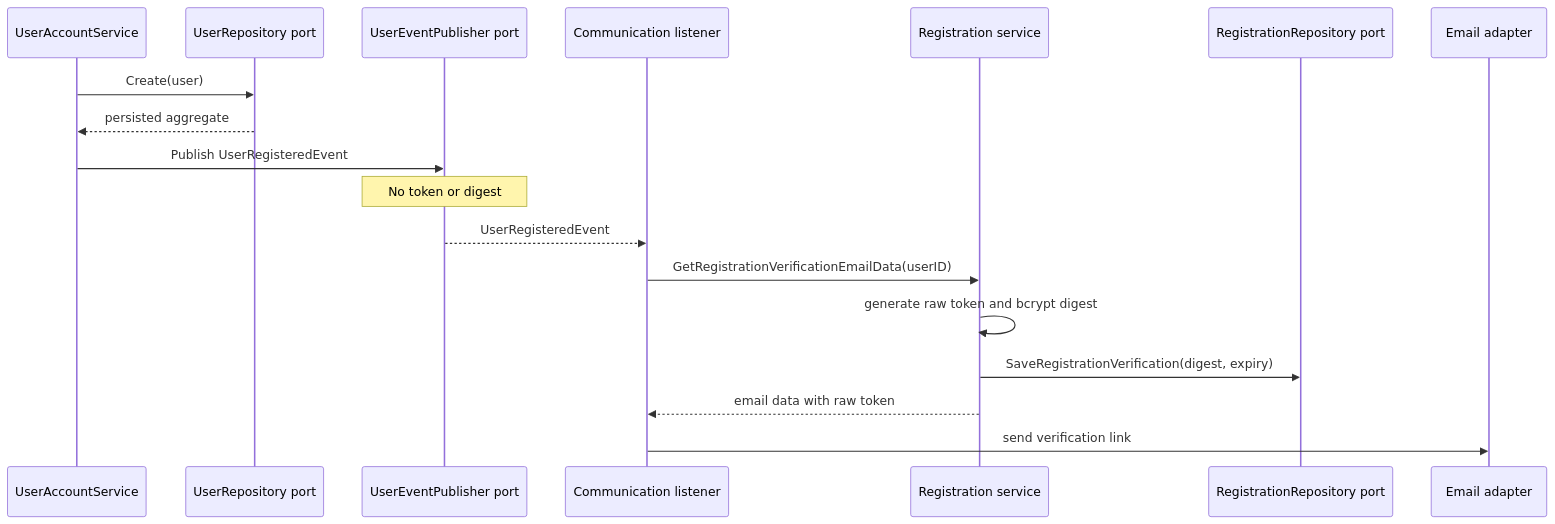
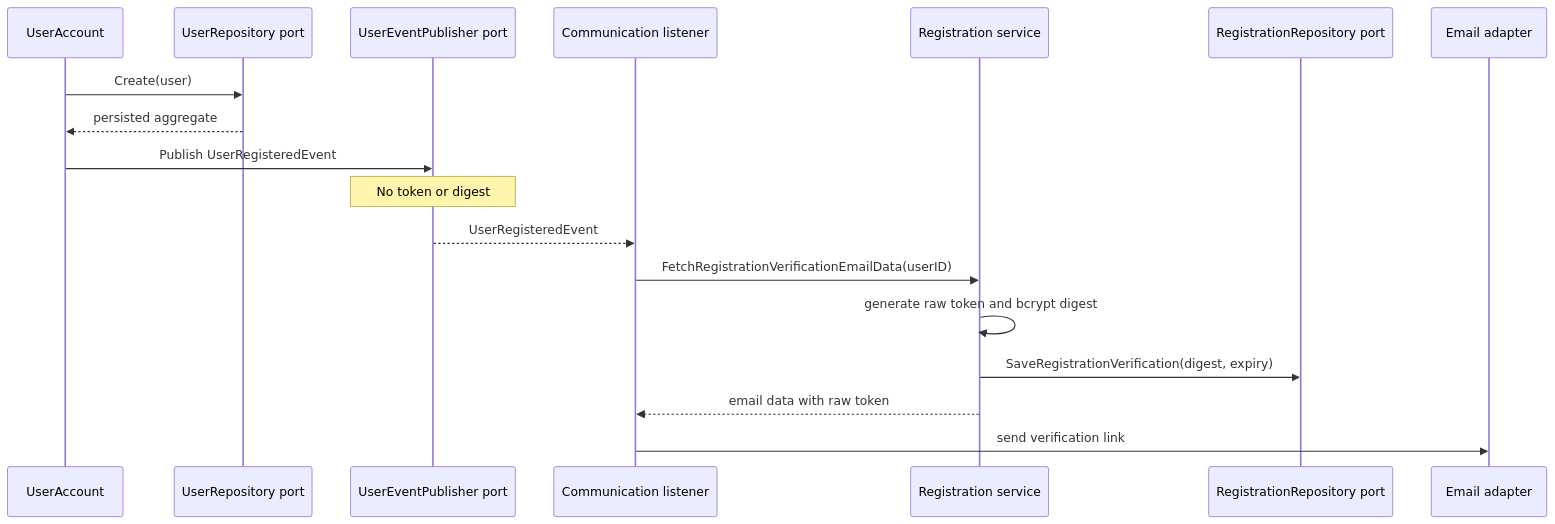
One commit to wizact/go-todo-api changed the diagram in docs/registrationverification.md. Above: the diagram before and after it, drawn with Mermaid. The commit also changed other lines of this file and 157 other files, not shown here.

````diff
--- a/docs/registrationverification.md
+++ b/docs/registrationverification.md
@@ -20,21 +20,21 @@
 ```mermaid
 sequenceDiagram
-    participant Account as UserAccountService
+    participant Account as UserAccount
     participant UserRepo as UserRepository port
     participant Events as UserEventPublisher port
     participant Listener as Communication listener
     participant Registration as Registration service
     participant RegistrationRepo as RegistrationRepository port
     participant Email as Email adapter
 
     Account->>UserRepo: Create(user)
     UserRepo-->>Account: persisted aggregate
     Account->>Events: Publish UserRegisteredEvent
     Note over Events: No token or digest
     Events-->>Listener: UserRegisteredEvent
-    Listener->>Registration: GetRegistrationVerificationEmailData(userID)
+    Listener->>Registration: FetchRegistrationVerificationEmailData(userID)
     Registration->>Registration: generate raw token and bcrypt digest
     Registration->>RegistrationRepo: SaveRegistrationVerification(digest, expiry)
     Registration-->>Listener: email data with raw token
     Listener->>Email: send verification link
 ```
````
